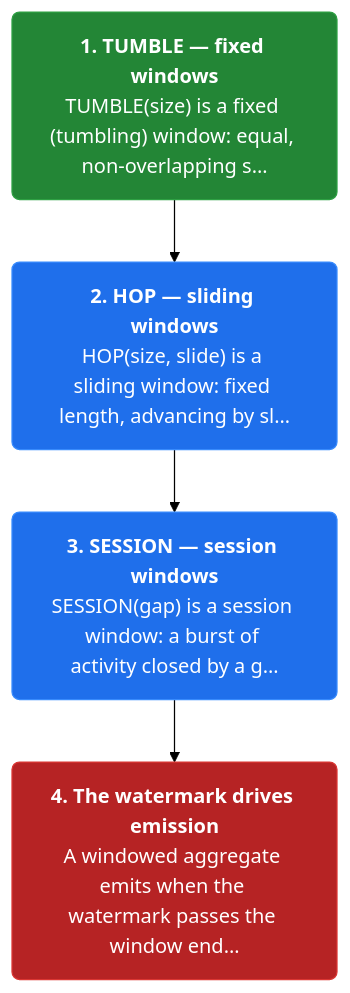
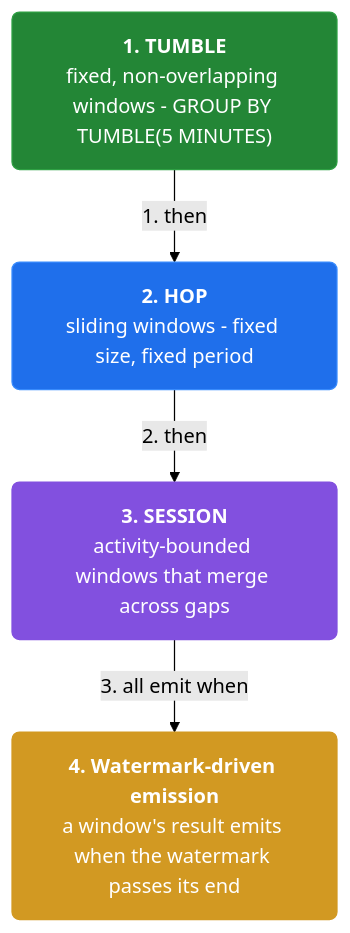
One commit to vinayakuber/streaming-systems-study-guide changed the second of 19 diagrams in docs/ch08-streaming-sql.md. Above: the diagram before and after it, drawn with Mermaid (forest theme). The commit also changed other lines of this file and 12 other files, not shown here.

First line of the commit message:
Author per-section and per-card mermaid diagrams (110 diagrams)

````diff
--- a/docs/ch08-streaming-sql.md
+++ b/docs/ch08-streaming-sql.md
@@ -52,13 +54,15 @@
 ```mermaid
 flowchart TD
-  classDef step fill:#1f6feb,color:#ffffff,stroke:#388bfd,stroke-width:1px,rx:6
+  classDef step fill:#1f6feb,color:#ffffff,stroke:#388bfd,rx:6
+  classDef core fill:#8250df,color:#ffffff,stroke:#8250df,rx:6
+  classDef warn fill:#d29922,color:#ffffff,stroke:#d29922,rx:6
   classDef start fill:#238636,color:#ffffff,stroke:#2ea043,rx:6
   classDef stop fill:#b62324,color:#ffffff,stroke:#da3633,rx:6
-  s1n0["<b>1. TUMBLE — fixed windows</b><br/>TUMBLE(size) is a fixed (tumbling) window: equal, non-overlapping s…"]:::start
-  s1n1["<b>2. HOP — sliding windows</b><br/>HOP(size, slide) is a sliding window: fixed length, advancing by sl…"]:::step
-  s1n2["<b>3. SESSION — session windows</b><br/>SESSION(gap) is a session window: a burst of activity closed by a g…"]:::step
-  s1n3["<b>4. The watermark drives emission</b><br/>A windowed aggregate emits when the watermark passes the window end…"]:::stop
-  s1n0 --> s1n1
-  s1n1 --> s1n2
-  s1n2 --> s1n3
+  n0["<b>1. TUMBLE</b><br/>fixed, non-overlapping windows - GROUP BY TUMBLE(5 MINUTES)"]:::start
+  n1["<b>2. HOP</b><br/>sliding windows - fixed size, fixed period"]:::step
+  n2["<b>3. SESSION</b><br/>activity-bounded windows that merge across gaps"]:::core
+  n3["<b>4. Watermark-driven emission</b><br/>a window's result emits when the watermark passes its end"]:::warn
+  n0 -->|"1. then"| n1
+  n1 -->|"2. then"| n2
+  n2 -->|"3. all emit when"| n3
 ```
````
